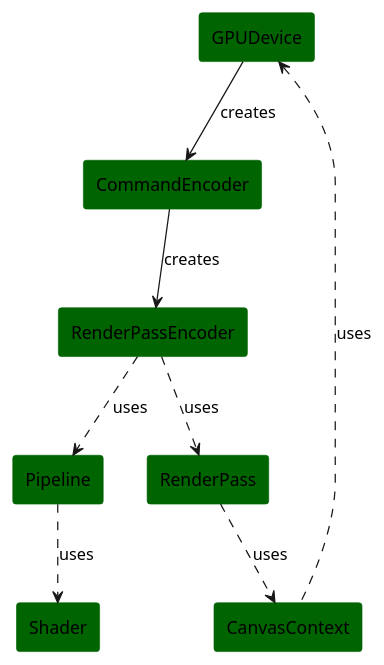
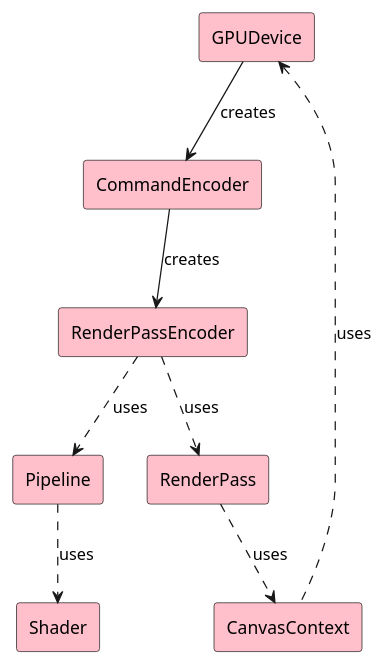
The diagram in docs/WebGPUBaseStructure.md (olegdovger/web-gpu-experiments), drawn with PlantUML before and after one commit. The commit also changed 72 other files, not shown here.

```diff
--- a/docs/WebGPUBaseStructure.md
+++ b/docs/WebGPUBaseStructure.md
@@ -3,32 +3,33 @@
 @startuml
 skinparam componentStyle rectangle
 skinparam component {
-BackgroundColor darkgreen
-BorderColor darkgreen
+BackgroundColor pink
+BorderColor black
+FontColor black
 }
 
 component GPUDevice
 component CommandEncoder
 component RenderPassEncoder
 component RenderPass
 component CanvasContext
 component Pipeline
 component Shader
 
 GPUDevice --> CommandEncoder : creates
 CanvasContext .u.> GPUDevice: uses
 CommandEncoder --> RenderPassEncoder : creates
 RenderPassEncoder ..> RenderPass : uses
 RenderPassEncoder ..> Pipeline : uses
 Pipeline ..> Shader : uses
 RenderPass ..> CanvasContext : uses
 
 'hide GPUDevice
 'hide CanvasContext
 'hide CommandEncoder
 'hide RenderPassEncoder
 'hide Pipeline
 'hide Shader
 'hide RenderPass
 
 @enduml
```
